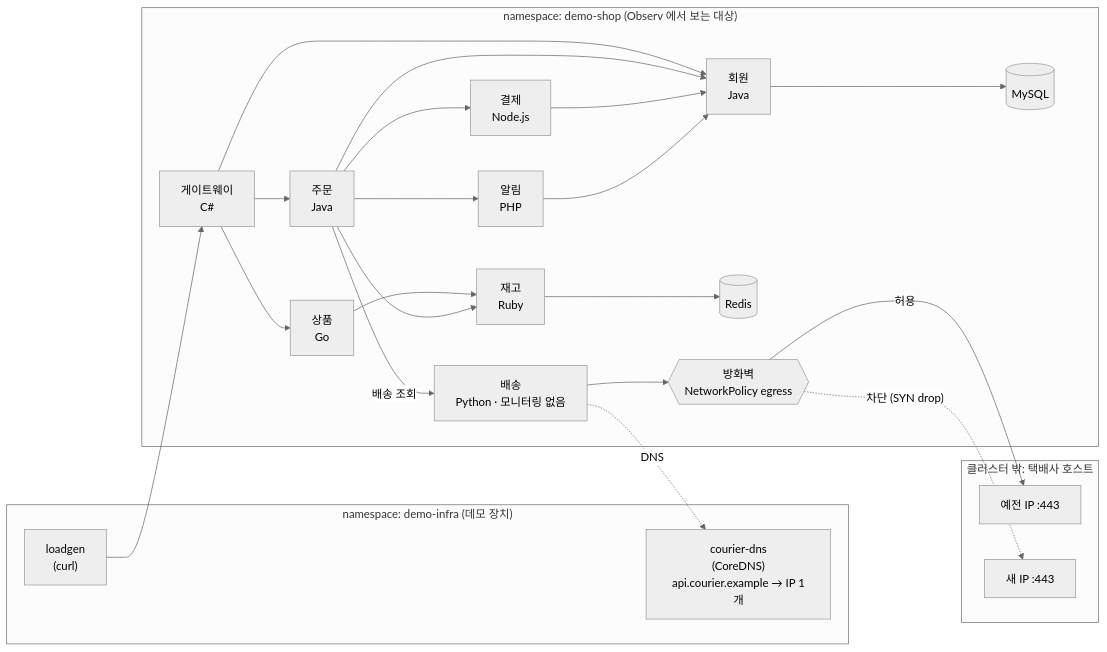
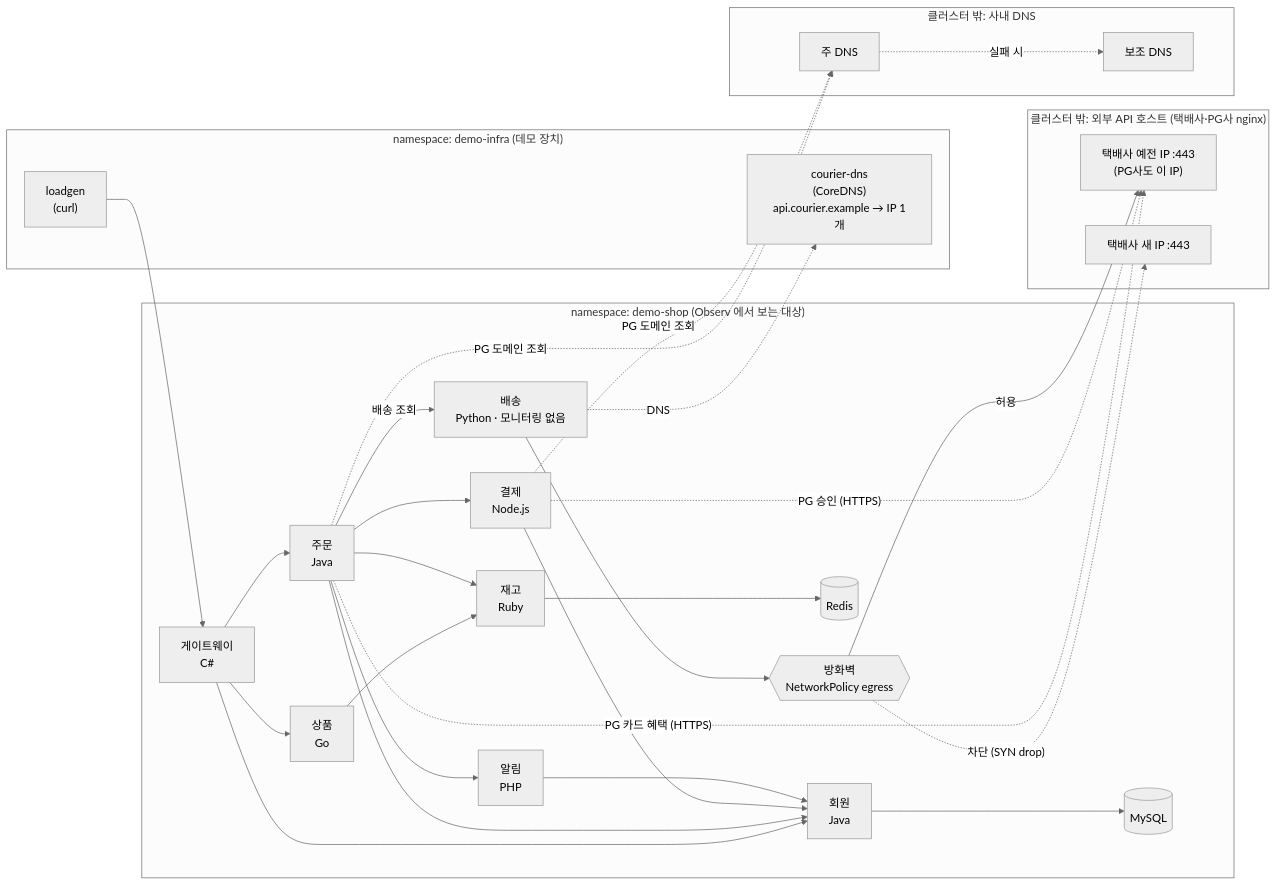
The diagram in README.md (beomzh/demo-ebpf-shop), drawn with Mermaid (neutral theme) before and after one commit. The commit also changed other lines of this file and 20 other files, not shown here.

````diff
--- a/README.md
+++ b/README.md
@@ -65,40 +68,50 @@
 ```mermaid
 flowchart LR
   subgraph infra["namespace: demo-infra (데모 장치)"]
     LG["loadgen<br/>(curl)"]
     DNS["courier-dns<br/>(CoreDNS)<br/>api.courier.example → IP 1개"]
   end
 
   subgraph shop["namespace: demo-shop (Observ 에서 보는 대상)"]
     GW["게이트웨이<br/>C#"]
     ORD["주문<br/>Java"]
     MEM["회원<br/>Java"]
     PRD["상품<br/>Go"]
     INV["재고<br/>Ruby"]
     PAY["결제<br/>Node.js"]
     NOTI["알림<br/>PHP"]
     DLV["배송<br/>Python · 모니터링 없음"]
     DB[("MySQL")]
     RD[("Redis")]
     FW{{"방화벽<br/>NetworkPolicy egress"}}
   end
 
-  subgraph ext["클러스터 밖: 택배사 호스트"]
-    OLD["예전 IP :443"]
-    NEW["새 IP :443"]
+  subgraph ext["클러스터 밖: 외부 API 호스트 (택배사·PG사 nginx)"]
+    OLD["택배사 예전 IP :443<br/>(PG사도 이 IP)"]
+    NEW["택배사 새 IP :443"]
+  end
+
+  subgraph corp["클러스터 밖: 사내 DNS"]
+    P1["주 DNS"]
+    P2["보조 DNS"]
   end
 
   LG --> GW
   GW --> PRD --> INV --> RD
   GW --> MEM --> DB
   GW --> ORD
   ORD --> MEM
   ORD --> INV
   ORD --> PAY --> MEM
+  ORD -.->|"PG 카드 혜택 (HTTPS)"| OLD
+  PAY -.->|"PG 승인 (HTTPS)"| OLD
+  ORD -.->|"PG 도메인 조회"| P1
+  PAY -.->|"PG 도메인 조회"| P1
+  P1 -.->|"실패 시"| P2
   ORD --> NOTI --> MEM
   ORD -->|"배송 조회"| DLV
   DLV -.->|DNS| DNS
   DLV --> FW
   FW -->|허용| OLD
   FW -.->|"차단 (SYN drop)"| NEW
 ```
````
